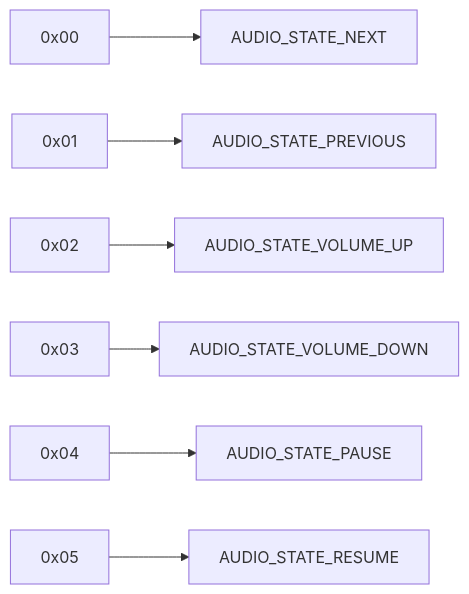
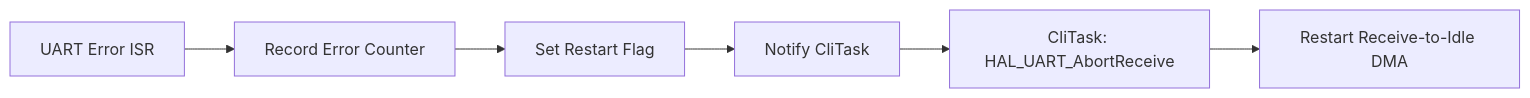
The seventh of 13 diagrams in USB_MP3/graph_mp3.md (JiaChangGit/Embedded-operating-systems-NCKU), drawn with Mermaid before and after one commit. The commit also changed other lines of this file and 72 other files, not shown here.

````diff
--- a/USB_MP3/graph_mp3.md
+++ b/USB_MP3/graph_mp3.md
@@ -389,9 +190,8 @@
 ```mermaid
 flowchart LR
-    C0["0x00"] --> NEXT["AUDIO_STATE_NEXT"]
-    C1["0x01"] --> PREV["AUDIO_STATE_PREVIOUS"]
-    C2["0x02"] --> VUP["AUDIO_STATE_VOLUME_UP"]
-    C3["0x03"] --> VDOWN["AUDIO_STATE_VOLUME_DOWN"]
-    C4["0x04"] --> PAUSE["AUDIO_STATE_PAUSE"]
-    C5["0x05"] --> RESUME["AUDIO_STATE_RESUME"]
+    ERR["UART Error ISR"] --> COUNT["Record Error Counter"]
+    COUNT --> FLAG["Set Restart Flag"]
+    FLAG --> NOTIFY["Notify CliTask"]
+    NOTIFY --> ABORT["CliTask: HAL_UART_AbortReceive"]
+    ABORT --> RESTART["Restart Receive-to-Idle DMA"]
 ```
````
